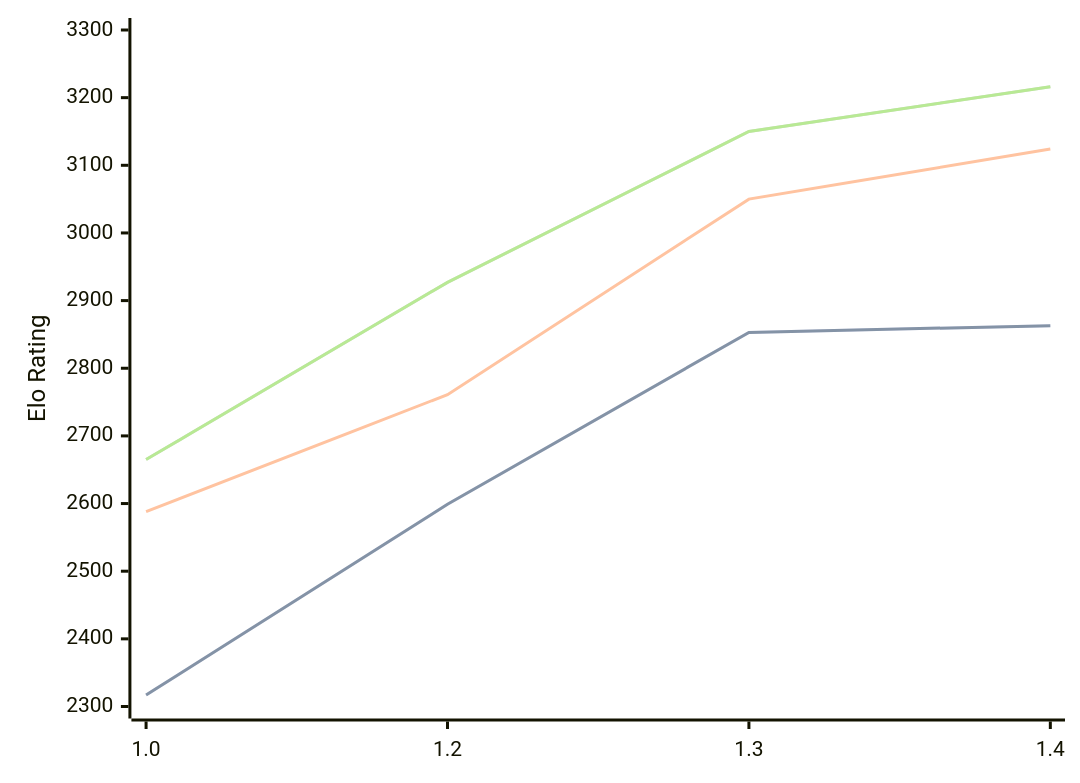
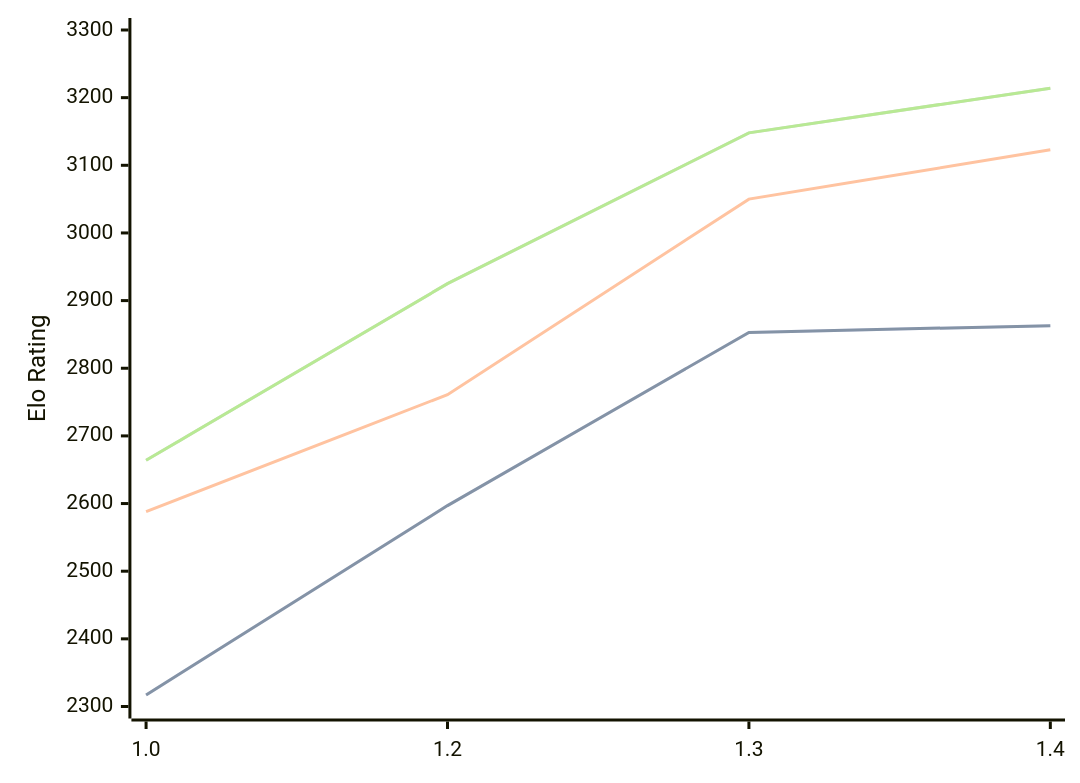
The diagram in engines/Chessnix.md (computer-chess-index/cci), drawn with Mermaid before and after one commit. The commit also changed other lines of this file, not shown here.

Commit message:
Update CCI Ratings (ELO VLTC) - 2026-06-10

````diff
--- a/engines/Chessnix.md
+++ b/engines/Chessnix.md
@@ -36,11 +36,11 @@
 ```mermaid
 %%{init: {"theme":"base","themeVariables":{"seriesColors:['#a3a3a3','#222221','#faa371']}}}%%
 xychart-beta
   x-axis ["1.0", "1.2", "1.3", "1.4"]
   y-axis "Elo Rating" 2300 --> 3300
-  line "STC (8.0+0.08s)" [2317, 2599, 2853, 2863]
-  line "STC (8.0+0.08s)" [2317, 2599, 2853, 2863]
-  line "LTC (60.0+0.60s)" [2588, 2761, 3050, 3124]
-  line "VLTC (2m24s+1.12s)" [2665, 2927, 3150, 3216]
-  line "VLTC (2m24s+1.12s)" [2665, 2927, 3150, 3216]
+  line "STC (8.0+0.08s)" [2317, 2597, 2853, 2863]
+  line "STC (8.0+0.08s)" [2317, 2597, 2853, 2863]
+  line "LTC (60.0+0.60s)" [2588, 2761, 3050, 3123]
+  line "VLTC (2m24s+1.12s)" [2664, 2925, 3148, 3214]
+  line "VLTC (2m24s+1.12s)" [2664, 2925, 3148, 3214]
 ```
````
